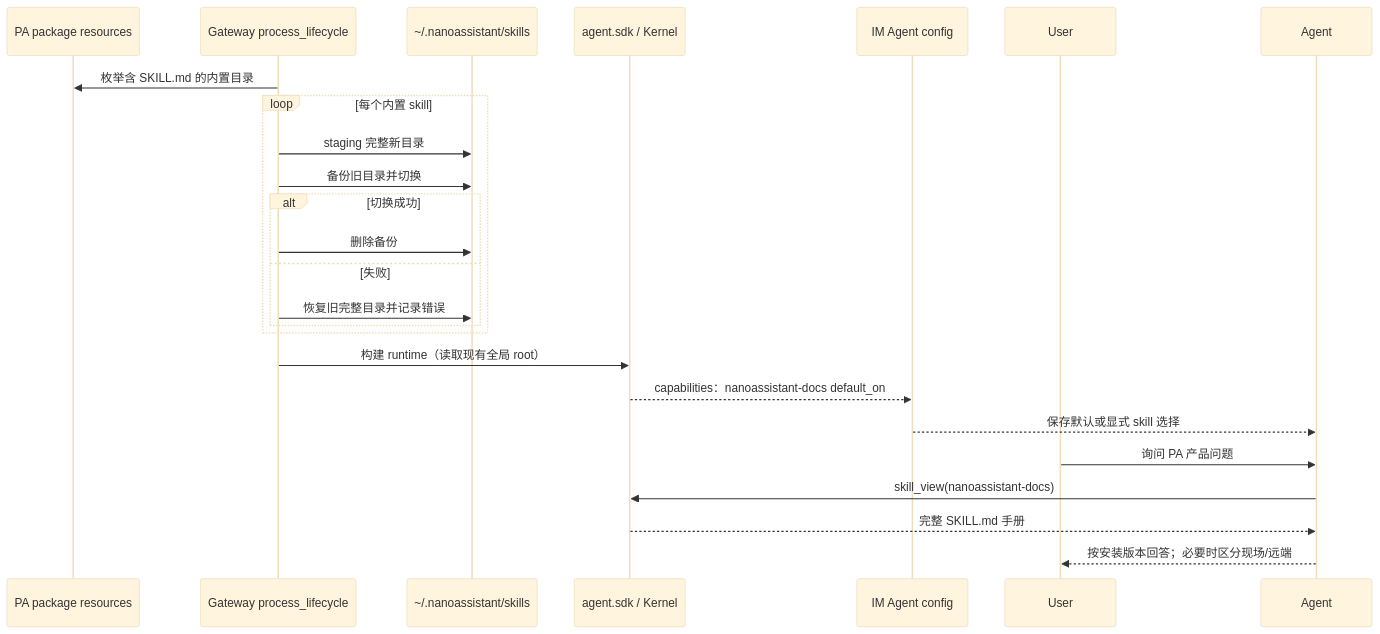
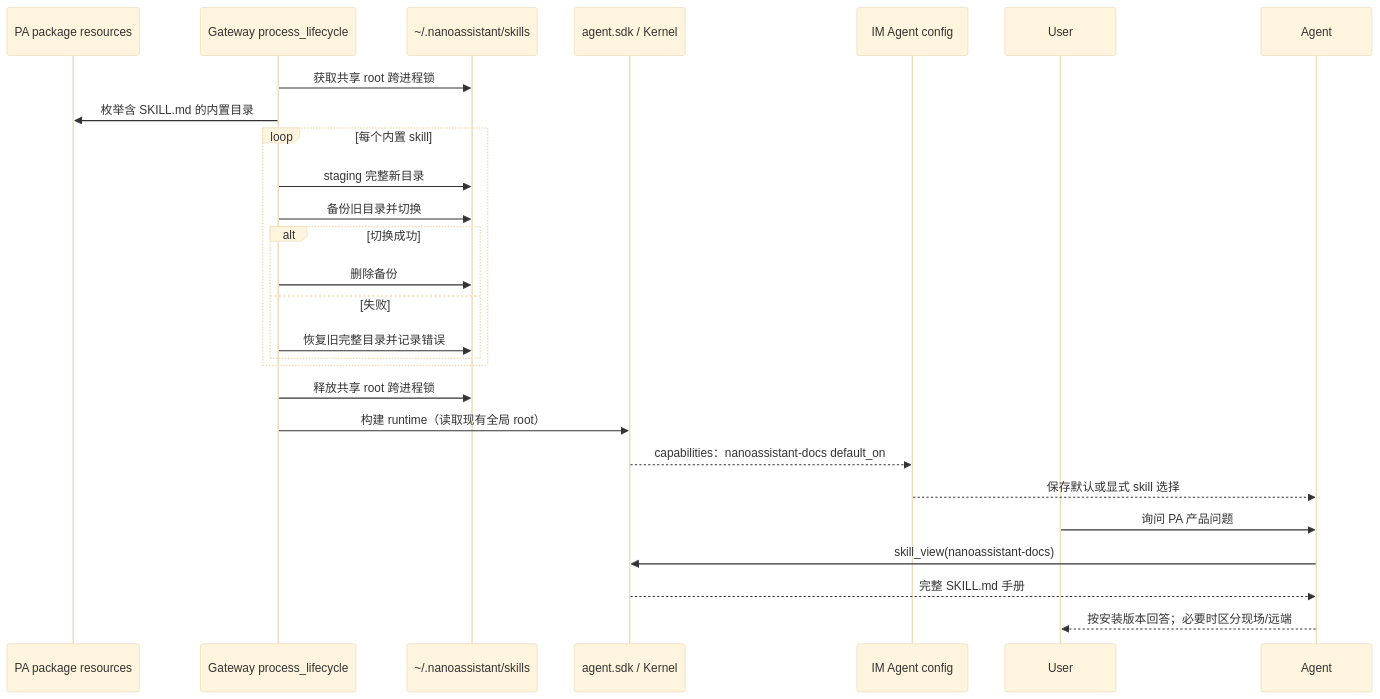
Before and after one commit to Mrchen116/nano-multiagent: the second of 2 diagrams in docs/changes/feat-502-pa-product-docs-skill/design.md, drawn with Mermaid (base theme). The commit also changed other lines of this file and 2 other files, not shown here.

````diff
--- a/docs/changes/feat-502-pa-product-docs-skill/design.md
+++ b/docs/changes/feat-502-pa-product-docs-skill/design.md
@@ -137,28 +141,30 @@
 ```mermaid
 sequenceDiagram
     participant Package as PA package resources
     participant Lifecycle as Gateway process_lifecycle
     participant Root as ~/.nanoassistant/skills
     participant Kernel as agent.sdk / Kernel
     participant IM as IM Agent config
     participant User
     participant Agent
 
+    Lifecycle->>Root: 获取共享 root 跨进程锁
     Lifecycle->>Package: 枚举含 SKILL.md 的内置目录
     loop 每个内置 skill
         Lifecycle->>Root: staging 完整新目录
         Lifecycle->>Root: 备份旧目录并切换
         alt 切换成功
             Lifecycle->>Root: 删除备份
         else 失败
             Lifecycle->>Root: 恢复旧完整目录并记录错误
         end
     end
+    Lifecycle->>Root: 释放共享 root 跨进程锁
     Lifecycle->>Kernel: 构建 runtime（读取现有全局 root）
     Kernel-->>IM: capabilities：nanoassistant-docs default_on
     IM-->>Agent: 保存默认或显式 skill 选择
     User->>Agent: 询问 PA 产品问题
     Agent->>Kernel: skill_view(nanoassistant-docs)
     Kernel-->>Agent: 完整 SKILL.md 手册
     Agent-->>User: 按安装版本回答；必要时区分现场/远端
 ```
````
